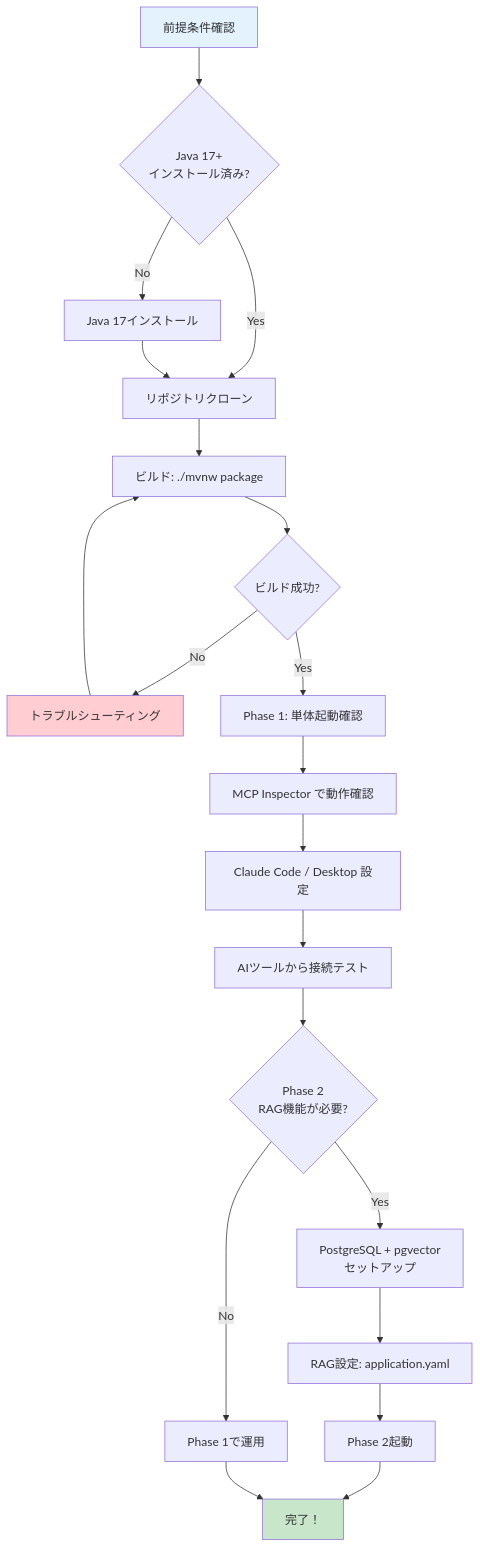
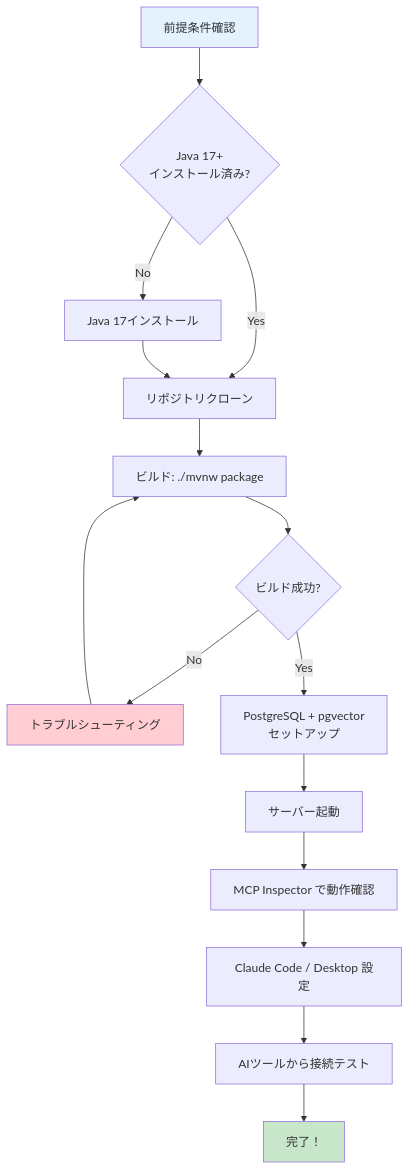
Before and after one commit to kumagoro1202/nablarch-mcp-server: the first of 2 diagrams in docs/articles/03-setup-guide.md, drawn with Mermaid. The commit also changed other lines of this file and 18 other files, not shown here.

````diff
--- a/docs/articles/03-setup-guide.md
+++ b/docs/articles/03-setup-guide.md
@@ -77,30 +78,23 @@
 ```mermaid
 graph TB
     A[前提条件確認] --> B{Java 17+<br/>インストール済み?}
     B -->|No| C[Java 17インストール]
     B -->|Yes| D[リポジトリクローン]
     C --> D
 
     D --> E[ビルド: ./mvnw package]
     E --> F{ビルド成功?}
     F -->|No| G[トラブルシューティング]
-    F -->|Yes| H[Phase 1: 単体起動確認]
+    F -->|Yes| H[PostgreSQL + pgvector<br/>セットアップ]
     G --> E
 
-    H --> I[MCP Inspector で動作確認]
-    I --> J[Claude Code / Desktop 設定]
-    J --> K[AIツールから接続テスト]
-
-    K --> L{Phase 2<br/>RAG機能が必要?}
-    L -->|No| M[Phase 1で運用]
-    L -->|Yes| N[PostgreSQL + pgvector<br/>セットアップ]
-
-    N --> O[RAG設定: application.yaml]
-    O --> P[Phase 2起動]
-    P --> Q[完了！]
-    M --> Q
+    H --> I[サーバー起動]
+    I --> J[MCP Inspector で動作確認]
+    J --> K[Claude Code / Desktop 設定]
+    K --> L[AIツールから接続テスト]
+    L --> M[完了！]
 
     style A fill:#e3f2fd
-    style Q fill:#c8e6c9
+    style M fill:#c8e6c9
     style G fill:#ffcdd2
 ```
````
